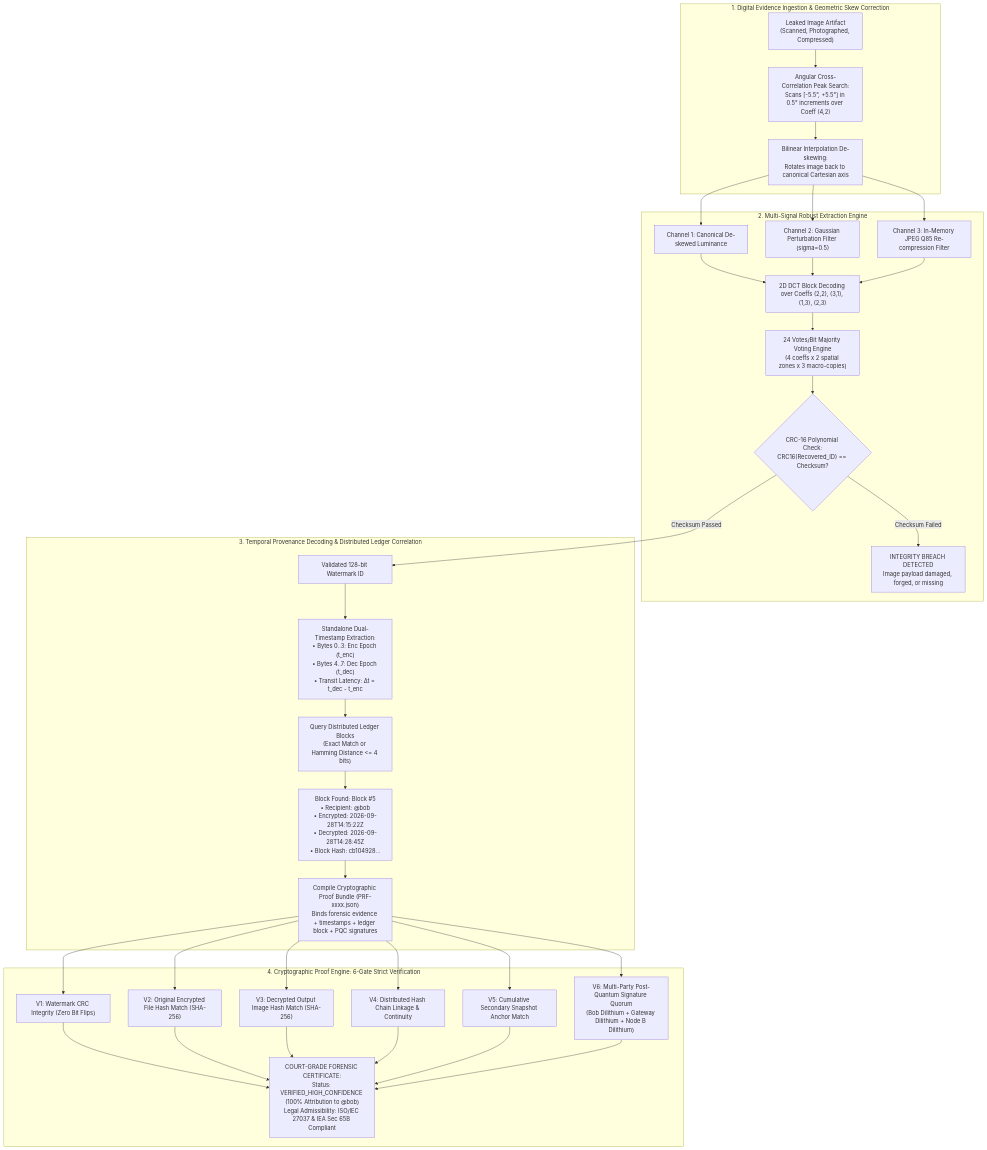
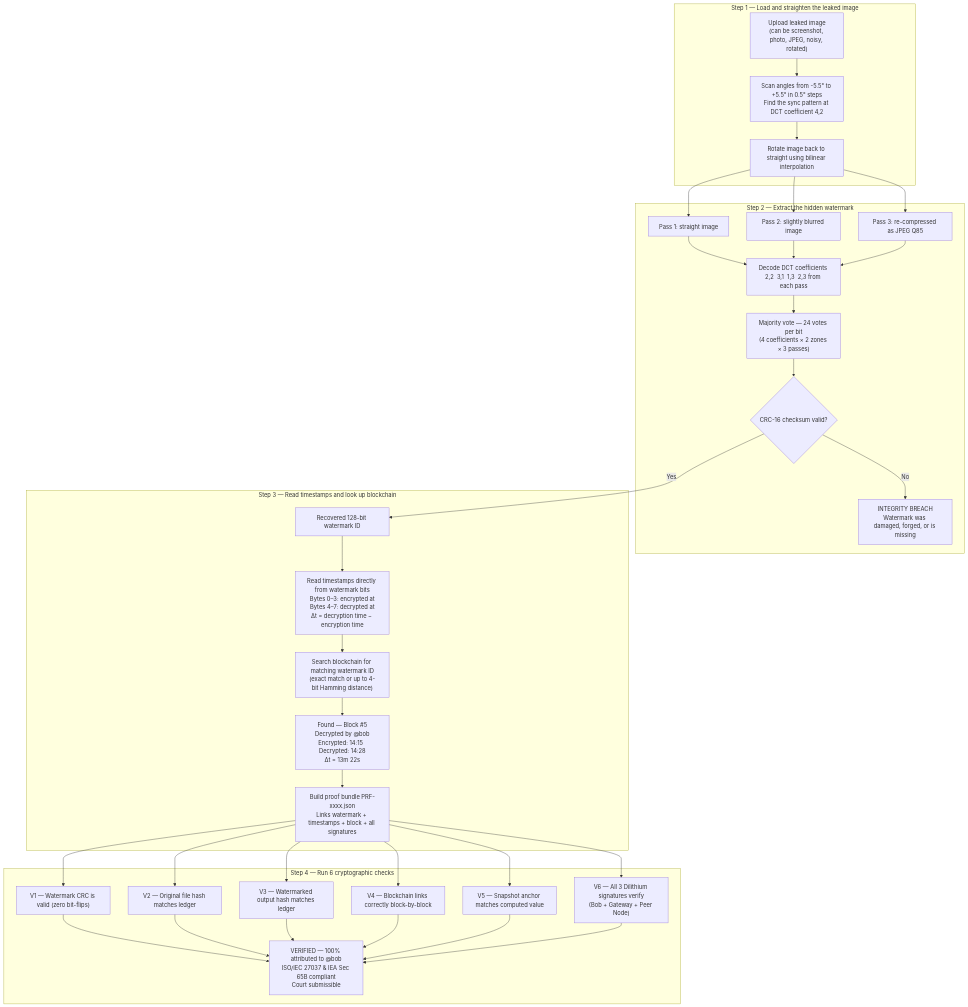
Before and after one commit to SuyashGargote/SANKET: the sixth of 7 diagrams in README.md, drawn with Mermaid. The commit also changed other lines of this file and 4 other files, not shown here.

````diff
--- a/README.md
+++ b/README.md
@@ -488,36 +479,35 @@
 ```mermaid
 flowchart TD
-    subgraph EvidenceAcquisition ["1. Digital Evidence Ingestion & Geometric Skew Correction"]
-        LEAK["Leaked Image Artifact<br/>(Scanned, Photographed, Compressed)"] --> SKEW_SEARCH["Angular Cross-Correlation Peak Search:<br/>Scans [-5.5°, +5.5°] in 0.5° increments over Coeff (4,2)"]
-        SKEW_SEARCH --> DESKEW["Bilinear Interpolation De-skewing:<br/>Rotates image back to canonical Cartesian axis"]
+    subgraph Ingest ["Step 1 — Load and straighten the leaked image"]
+        IMG["Upload leaked image\n(can be screenshot, photo, JPEG, noisy, rotated)"] --> SCAN["Scan angles from -5.5° to +5.5° in 0.5° steps\nFind the sync pattern at DCT coefficient 4,2"]
+        SCAN --> DESKEW["Rotate image back to straight using bilinear interpolation"]
     end
 
-    subgraph ExtractionEngine ["2. Multi-Signal Robust Extraction Engine"]
-        DESKEW --> CHAN_ORIG["Channel 1: Canonical De-skewed Luminance"]
-        DESKEW --> CHAN_BLUR["Channel 2: Gaussian Perturbation Filter (sigma=0.5)"]
-        DESKEW --> CHAN_JPEG["Channel 3: In-Memory JPEG Q85 Re-compression Filter"]
-        CHAN_ORIG & CHAN_BLUR & CHAN_JPEG --> DCT_DECODE["2D DCT Block Decoding over Coeffs (2,2), (3,1), (1,3), (2,3)"]
-        DCT_DECODE --> VOTE["24 Votes/Bit Majority Voting Engine<br/>(4 coeffs x 2 spatial zones x 3 macro-copies)"]
-        VOTE --> CRC_CHECK{"CRC-16 Polynomial Check:<br/>CRC16(Recovered_ID) == Checksum?"}
-        CRC_CHECK -->|"Checksum Failed"| REJECT_TAMPER["INTEGRITY BREACH DETECTED<br/>Image payload damaged, forged, or missing"]
+    subgraph Extract ["Step 2 — Extract the hidden watermark"]
+        DESKEW --> CH1["Pass 1: straight image"]
+        DESKEW --> CH2["Pass 2: slightly blurred image"]
+        DESKEW --> CH3["Pass 3: re-compressed as JPEG Q85"]
+        CH1 & CH2 & CH3 --> DECODE["Decode DCT coefficients 2,2  3,1  1,3  2,3 from each pass"]
+        DECODE --> VOTE["Majority vote — 24 votes per bit\n(4 coefficients × 2 zones × 3 passes)"]
+        VOTE --> CRC{"CRC-16 checksum valid?"}
+        CRC -->|"No"| FAIL["INTEGRITY BREACH\nWatermark was damaged, forged, or is missing"]
     end
 
-    subgraph LedgerCorrelation ["3. Temporal Provenance Decoding & Distributed Ledger Correlation"]
-        CRC_CHECK -->|"Checksum Passed"| WM_ID["Validated 128-bit Watermark ID"]
-        WM_ID --> OFFLINE_TS["Standalone Dual-Timestamp Extraction:<br/>• Bytes 0..3: Enc Epoch (t_enc)<br/>• Bytes 4..7: Dec Epoch (t_dec)<br/>• Transit Latency: Δt = t_dec - t_enc"]
-        OFFLINE_TS --> QUERY["Query Distributed Ledger Blocks<br/>(Exact Match or Hamming Distance <= 4 bits)"]
-        QUERY --> BLOCK_MATCH["Block Found: Block #5<br/>• Recipient: @bob<br/>• Encrypted: 2026-09-28T14:15:22Z<br/>• Decrypted: 2026-09-28T14:28:45Z<br/>• Block Hash: cb104928..."]
-        BLOCK_MATCH --> BUNDLE_GEN["Compile Cryptographic Proof Bundle (PRF-xxxx.json)<br/>Binds forensic evidence + timestamps + ledger block + PQC signatures"]
+    subgraph Correlate ["Step 3 — Read timestamps and look up blockchain"]
+        CRC -->|"Yes"| WID["Recovered 128-bit watermark ID"]
+        WID --> TS["Read timestamps directly from watermark bits\nBytes 0–3: encrypted at\nBytes 4–7: decrypted at\nΔt = decryption time − encryption time"]
+        TS --> LOOKUP["Search blockchain for matching watermark ID\n(exact match or up to 4-bit Hamming distance)"]
+        LOOKUP --> BLOCK["Found — Block #5\nDecrypted by @bob\nEncrypted: 14:15  Decrypted: 14:28\nΔt = 13m 22s"]
+        BLOCK --> BUNDLE["Build proof bundle PRF-xxxx.json\nLinks watermark + timestamps + block + all signatures"]
     end
 
-    subgraph SixGateVerification ["4. Cryptographic Proof Engine: 6-Gate Strict Verification"]
-        BUNDLE_GEN --> V1["V1: Watermark CRC Integrity (Zero Bit Flips)"]
-        BUNDLE_GEN --> V2["V2: Original Encrypted File Hash Match (SHA-256)"]
-        BUNDLE_GEN --> V3["V3: Decrypted Output Image Hash Match (SHA-256)"]
-        BUNDLE_GEN --> V4["V4: Distributed Hash Chain Linkage & Continuity"]
-        BUNDLE_GEN --> V5["V5: Cumulative Secondary Snapshot Anchor Match"]
-        BUNDLE_GEN --> V6["V6: Multi-Party Post-Quantum Signature Quorum<br/>(Bob Dilithium + Gateway Dilithium + Node B Dilithium)"]
-
-        V1 & V2 & V3 & V4 & V5 & V6 --> COURT["COURT-GRADE FORENSIC CERTIFICATE:<br/>Status: VERIFIED_HIGH_CONFIDENCE (100% Attribution to @bob)<br/>Legal Admissibility: ISO/IEC 27037 & IEA Sec 65B Compliant"]
+    subgraph Verify ["Step 4 — Run 6 cryptographic checks"]
+        BUNDLE --> V1["V1 — Watermark CRC is valid (zero bit-flips)"]
+        BUNDLE --> V2["V2 — Original file hash matches ledger"]
+        BUNDLE --> V3["V3 — Watermarked output hash matches ledger"]
+        BUNDLE --> V4["V4 — Blockchain links correctly block-by-block"]
+        BUNDLE --> V5["V5 — Snapshot anchor matches computed value"]
+        BUNDLE --> V6["V6 — All 3 Dilithium signatures verify\n(Bob + Gateway + Peer Node)"]
+        V1 & V2 & V3 & V4 & V5 & V6 --> CERT["VERIFIED — 100% attributed to @bob\nISO/IEC 27037 & IEA Sec 65B compliant\nCourt submissible"]
     end
 ```
````
